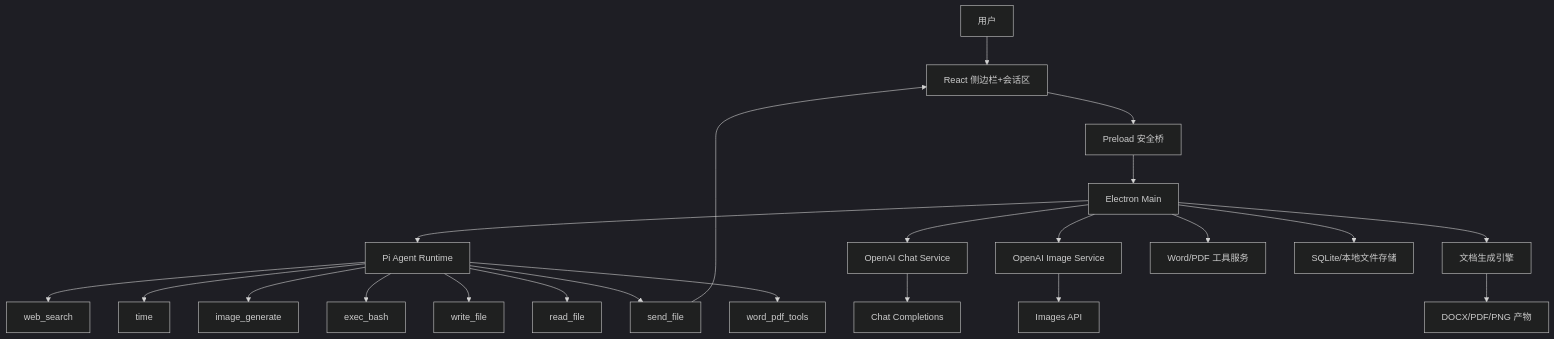
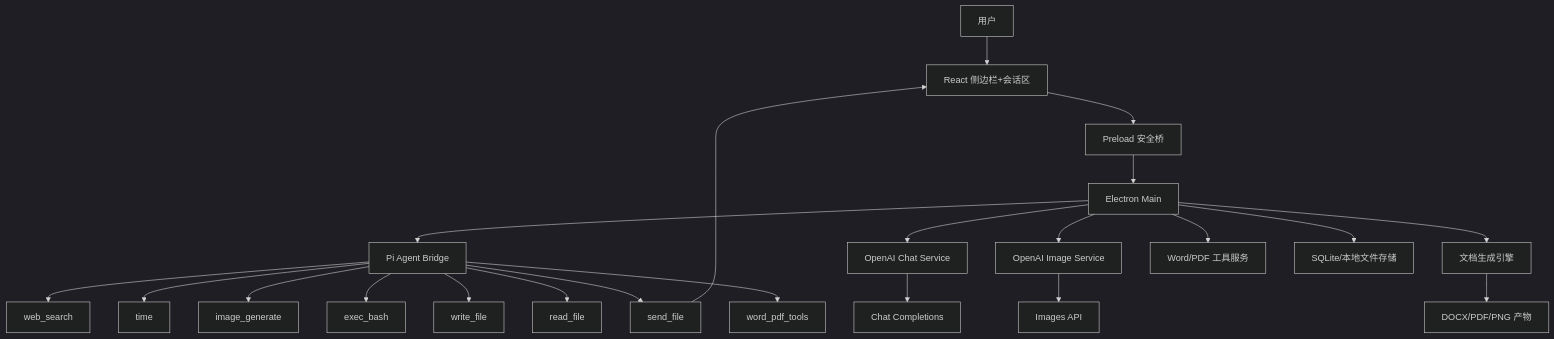
Before and after one commit to xy200303/PwdSafeAgent: the first of 3 diagrams in docs/密码方案生成Agent技术方案.md, drawn with Mermaid (dark theme). The commit also changed other lines of this file and 23 other files, not shown here.

````diff
--- a/docs/密码方案生成Agent技术方案.md
+++ b/docs/密码方案生成Agent技术方案.md
@@ -128,24 +128,24 @@
 ```mermaid
 graph TB
     U[用户] --> R[React 侧边栏+会话区]
     R --> P[Preload 安全桥]
     P --> M[Electron Main]
-    M --> A[Pi Agent Runtime]
+    M --> A[Pi Agent Bridge]
     M --> L[OpenAI Chat Service]
     M --> I[OpenAI Image Service]
     M --> D[文档生成引擎]
     M --> X[Word/PDF 工具服务]
     M --> S[SQLite/本地文件存储]
     A --> T1[web_search]
     A --> T2[time]
     A --> T3[image_generate]
     A --> T4[exec_bash]
     A --> T5[write_file]
     A --> T6[read_file]
     A --> T7[send_file]
     A --> T8[word_pdf_tools]
     L --> O1[Chat Completions]
     I --> O2[Images API]
     D --> F[DOCX/PDF/PNG 产物]
     T7 --> R
 ```
````
